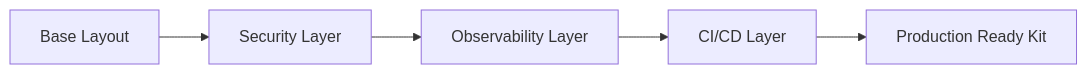
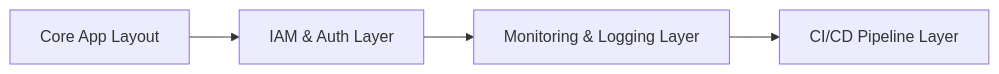
One commit to Devopstrio/starter-kits changed the seventh of 11 diagrams in README.md. Above: the diagram before and after it, drawn with Mermaid. The commit also changed other lines of this file, not shown here.

Commit message:
docs: implement 11+ professional architecture diagrams for starter kits platform

````diff
--- a/README.md
+++ b/README.md
@@ -104,7 +162,6 @@
 ```mermaid
 graph LR
-    Base[Base Layout] --> Sec[Security Layer]
-    Sec --> Obs[Observability Layer]
-    Obs --> CICD[CI/CD Layer]
-    CICD --> Final[Production Ready Kit]
+    Layout["Core App Layout"] --> Security["IAM & Auth Layer"]
+    Security --> Obs["Monitoring & Logging Layer"]
+    Obs --> CICD["CI/CD Pipeline Layer"]
 ```
````
